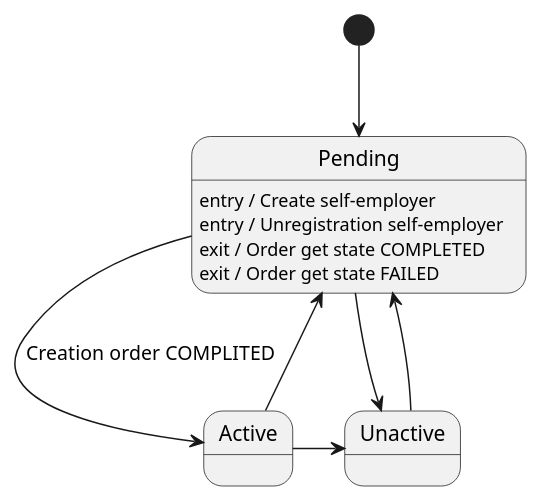
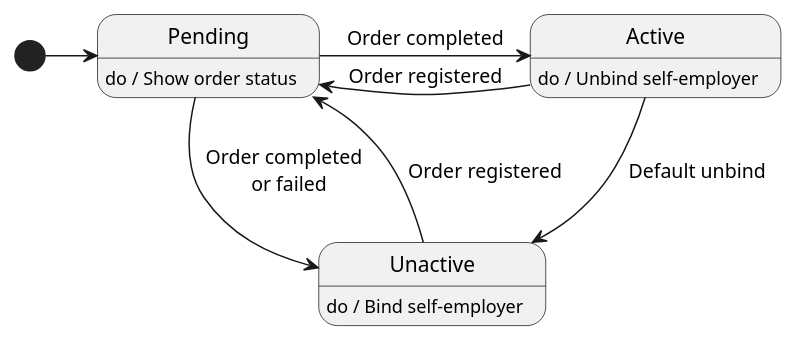
Before and after one commit to RaikBitters/ibank-internal-services: the diagram in diagrams/self-employed-service/state.puml, drawn with PlantUML.

Commit message:
Update state.

```diff
--- a/diagrams/self-employed-service/state.puml
+++ b/diagrams/self-employed-service/state.puml
@@ -1,19 +1,19 @@
 @startuml
 
-[*] --> Pending
+[*] -> Pending
 
-Pending -> Active: Creation order COMPLITED
-Active --> Pending
+Pending -> Active: Order completed
+Active -> Pending: Order registered
 
-Pending -> Unactive
-Unactive -> Pending
+Pending -> Unactive: Order completed \n or failed
+Unactive --> Pending: Order registered
 
-Active -> Unactive
+Active -> Unactive: Default unbind
 
-Pending: entry / Create self-employer
-Pending: entry / Unregistration self-employer
+Pending: do / Show order status
 
-Pending: exit / Order get state COMPLETED
-Pending: exit / Order get state FAILED
+Active: do / Unbind self-employer
+
+Unactive: do / Bind self-employer
 
 @enduml
```
